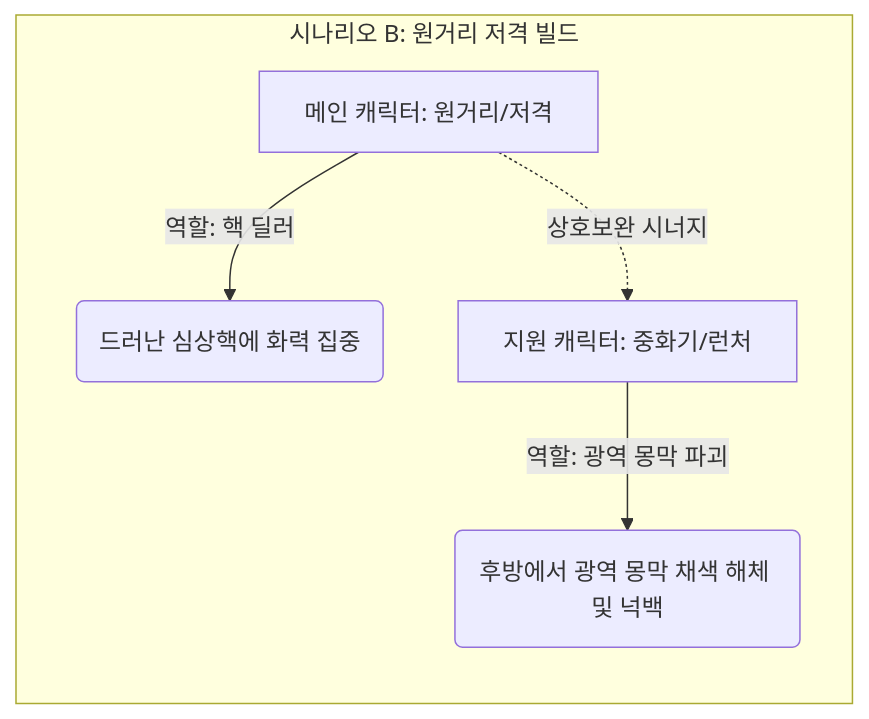
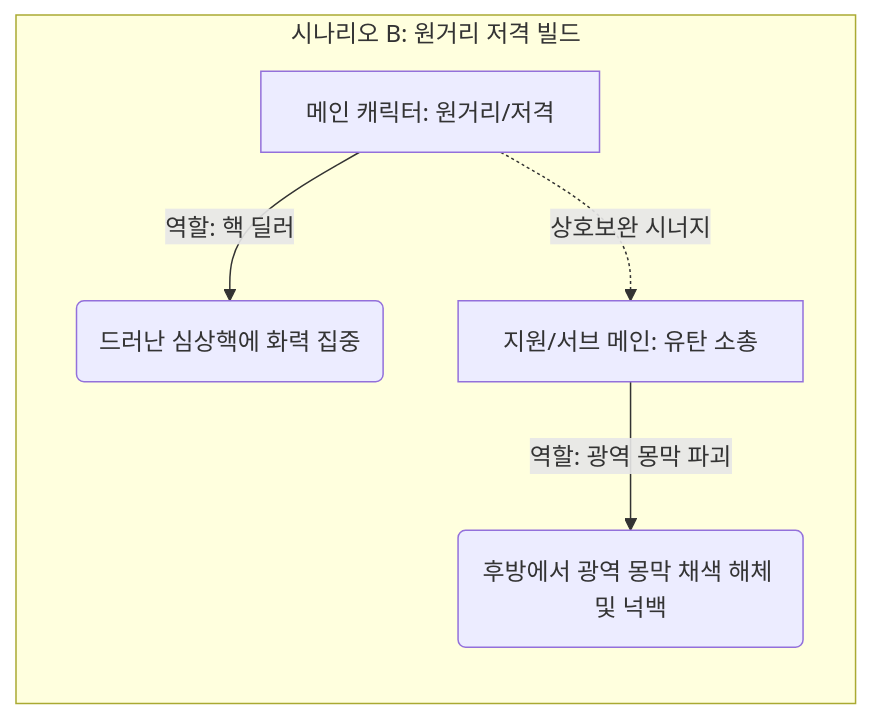
The second of 2 diagrams in 01.기획_문서/컨셉_기획/캐릭터_컨셉_기획서.md (Jin-o12/Document_LucidDiver), drawn with Mermaid before and after one commit. The commit also changed other lines of this file and 11 other files, not shown here.

````diff
--- a/01.기획_문서/컨셉_기획/캐릭터_컨셉_기획서.md
+++ b/01.기획_문서/컨셉_기획/캐릭터_컨셉_기획서.md
@@ -41,8 +41,8 @@
 ```mermaid
 graph LR
     subgraph "시나리오 B: 원거리 저격 빌드"
         MainB[메인 캐릭터: 원거리/저격] -->|역할: 핵 딜러| CombatB(드러난 심상핵에 화력 집중)
-        SupportB[지원 캐릭터: 중화기/런처] -->|역할: 광역 몽막 파괴| CombatB2(후방에서 광역 몽막 채색 해체 및 넉백)
+        SupportB[지원/서브 메인: 유탄 소총] -->|역할: 광역 몽막 파괴| CombatB2(후방에서 광역 몽막 채색 해체 및 넉백)
         MainB -.->|상호보완 시너지| SupportB
     end
 ```
````
